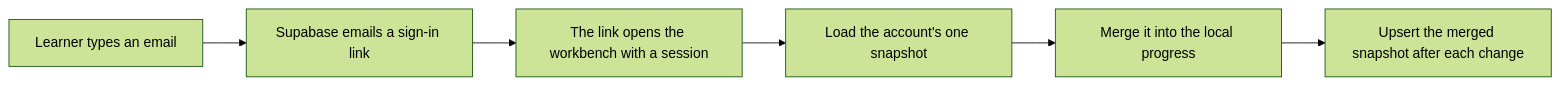
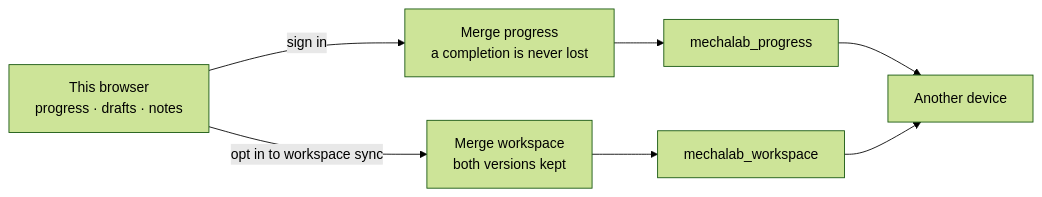
The diagram in docs/ACCOUNTS.md (TLE47/Mechatronics-Roadmap), drawn with Mermaid (forest theme) before and after one commit. The commit also changed other lines of this file and 35 other files, not shown here.

````diff
--- a/docs/ACCOUNTS.md
+++ b/docs/ACCOUNTS.md
@@ -13,8 +14,9 @@
 ```mermaid
 flowchart LR
-    A["Learner types an email"] --> B["Supabase emails a sign-in link"]
-    B --> C["The link opens the workbench with a session"]
-    C --> D["Load the account's one snapshot"]
-    D --> E["Merge it into the local progress"]
-    E --> F["Upsert the merged snapshot after each change"]
+    A["This browser<br/>progress · drafts · notes"] -->|"sign in"| B["Merge progress<br/>a completion is never lost"]
+    B --> C["mechalab_progress"]
+    A -->|"opt in to workspace sync"| D["Merge workspace<br/>both versions kept"]
+    D --> E["mechalab_workspace"]
+    C --> F["Another device"]
+    E --> F
 ```
````
